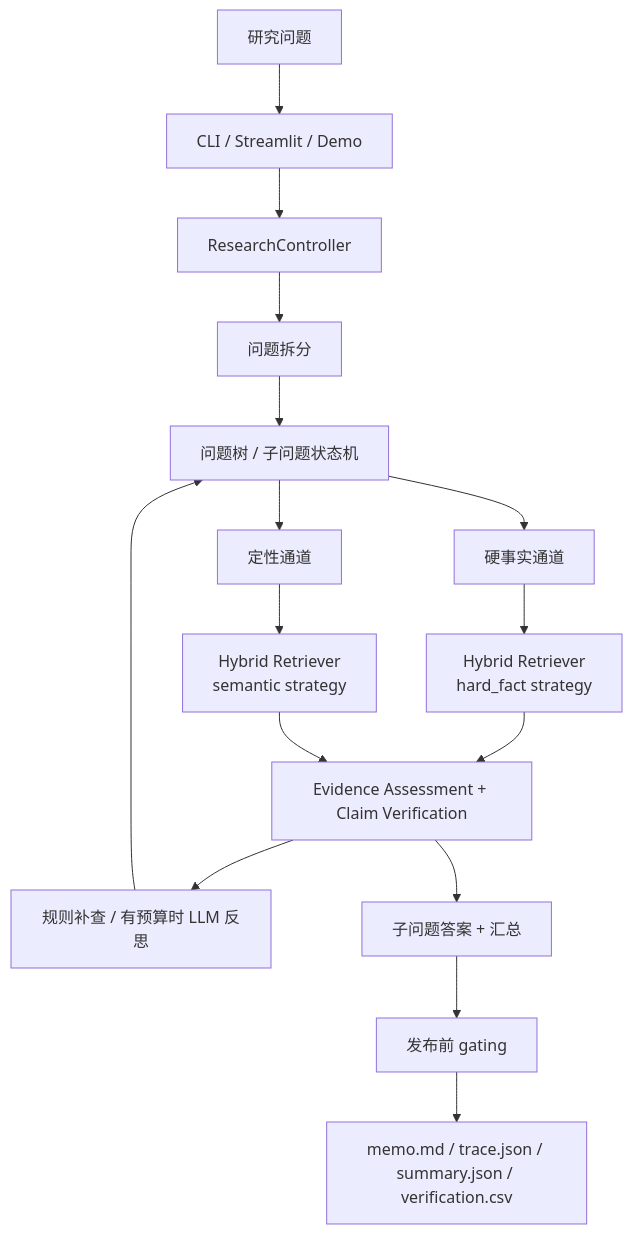
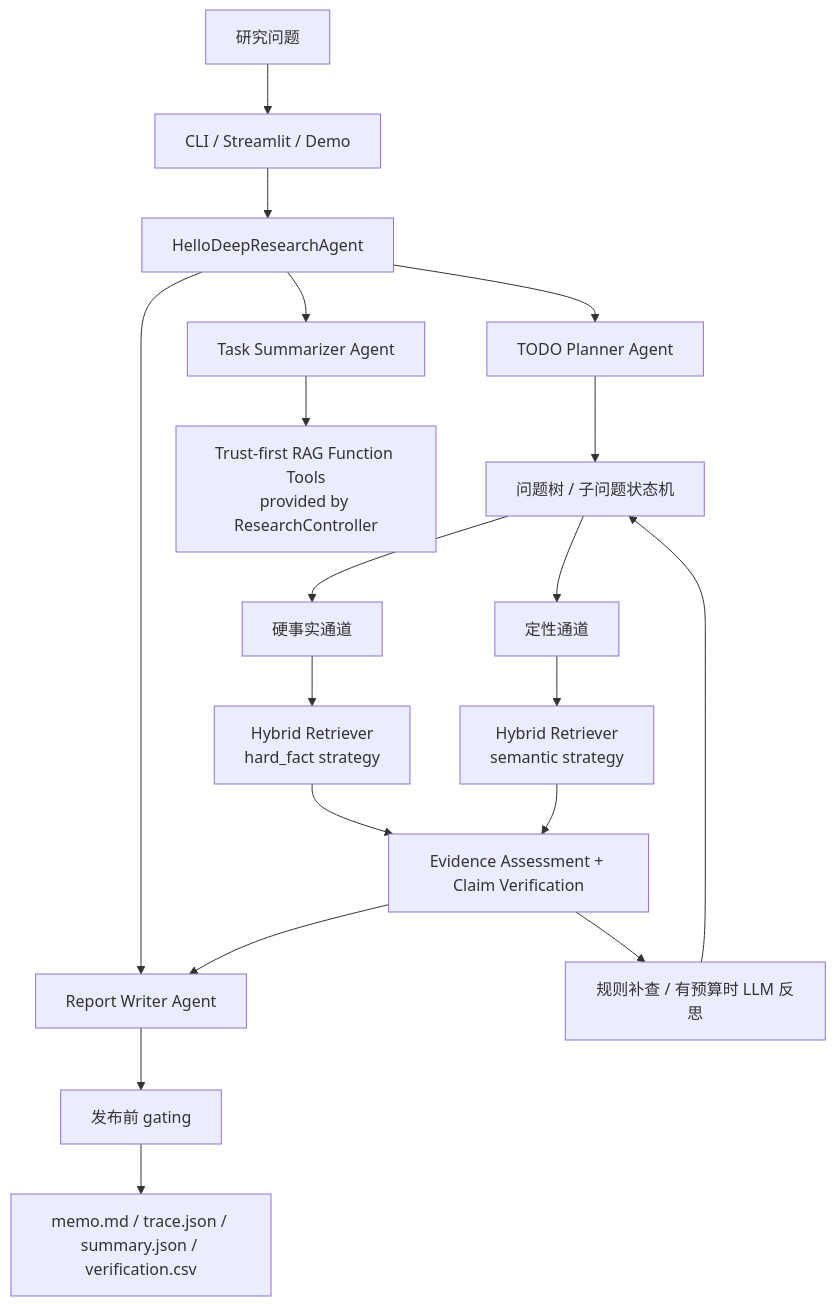
The diagram in README.md (zuesjiang-cyber/bizintel-agent), drawn with Mermaid before and after one commit. The commit also changed other lines of this file and 31 other files, not shown here.

Commit message:
complete deep research refactor and live benchmark hardening

````diff
--- a/README.md
+++ b/README.md
@@ -42,22 +42,26 @@
 ```mermaid
 flowchart TD
     User["研究问题"] --> Entry["CLI / Streamlit / Demo"]
-    Entry --> Controller["ResearchController"]
-    Controller --> Decompose["问题拆分"]
-    Decompose --> Tree["问题树 / 子问题状态机"]
+    Entry --> Agent["HelloDeepResearchAgent"]
+    Agent --> Planner["TODO Planner Agent"]
+    Agent --> Summarizer["Task Summarizer Agent"]
+    Agent --> Writer["Report Writer Agent"]
+
+    Planner --> Tree["问题树 / 子问题状态机"]
+    Summarizer --> Tools["Trust-first RAG Function Tools<br/>provided by ResearchController"]
 
     Tree --> HF["硬事实通道"]
     Tree --> SM["定性通道"]
 
     HF --> RetrieveHF["Hybrid Retriever\nhard_fact strategy"]
     SM --> RetrieveSM["Hybrid Retriever\nsemantic strategy"]
 
     RetrieveHF --> Verify["Evidence Assessment + Claim Verification"]
     RetrieveSM --> Verify
 
     Verify --> Followup["规则补查 / 有预算时 LLM 反思"]
     Followup --> Tree
-    Verify --> Writer["子问题答案 + 汇总"]
+    Verify --> Writer
     Writer --> Gate["发布前 gating"]
     Gate --> Output["memo.md / trace.json / summary.json / verification.csv"]
 ```
````
